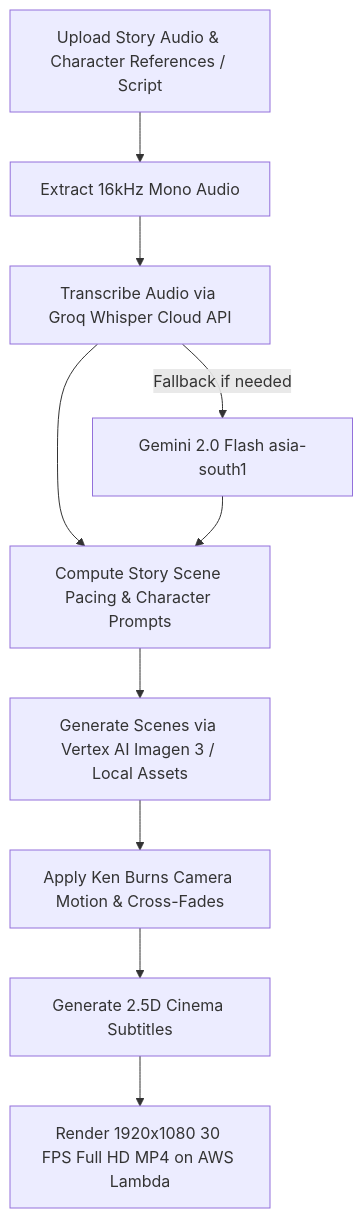
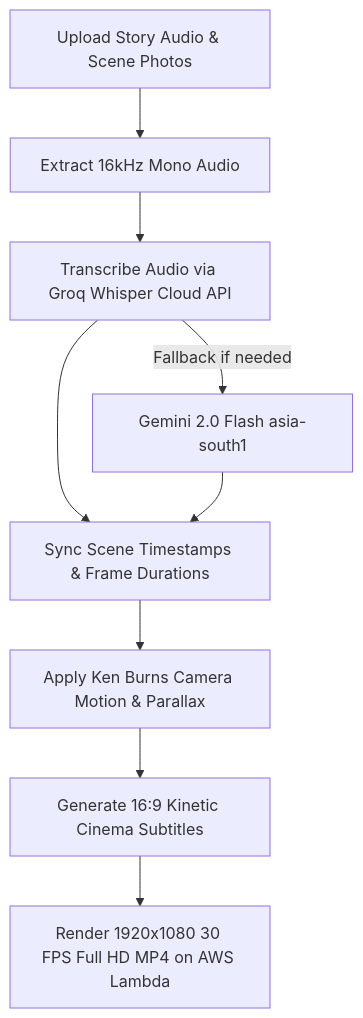
One commit to itnavideo/itnavideo changed the diagram in docs/video-types/03-image-to-video-ai/README.md. Above: the diagram before and after it, drawn with Mermaid. The commit also changed other lines of this file and 38 other files, not shown here.

````diff
--- a/docs/video-types/03-image-to-video-ai/README.md
+++ b/docs/video-types/03-image-to-video-ai/README.md
@@ -62,12 +78,11 @@
 ```mermaid
 graph TD
-    A[Upload Story Audio & Character References / Script] --> B[Extract 16kHz Mono Audio]
+    A[Upload Story Audio & Scene Photos] --> B[Extract 16kHz Mono Audio]
     B --> C[Transcribe Audio via Groq Whisper Cloud API]
     C -->|Fallback if needed| D[Gemini 2.0 Flash asia-south1]
-    C --> E[Compute Story Scene Pacing & Character Prompts]
+    C --> E[Sync Scene Timestamps & Frame Durations]
     D --> E
-    E --> F[Generate Scenes via Vertex AI Imagen 3 / Local Assets]
-    F --> G[Apply Ken Burns Camera Motion & Cross-Fades]
-    G --> H[Generate 2.5D Cinema Subtitles]
-    H --> I[Render 1920x1080 30 FPS Full HD MP4 on AWS Lambda]
+    E --> F[Apply Ken Burns Camera Motion & Parallax]
+    F --> G[Generate 16:9 Kinetic Cinema Subtitles]
+    G --> H[Render 1920x1080 30 FPS Full HD MP4 on AWS Lambda]
 ```
````
